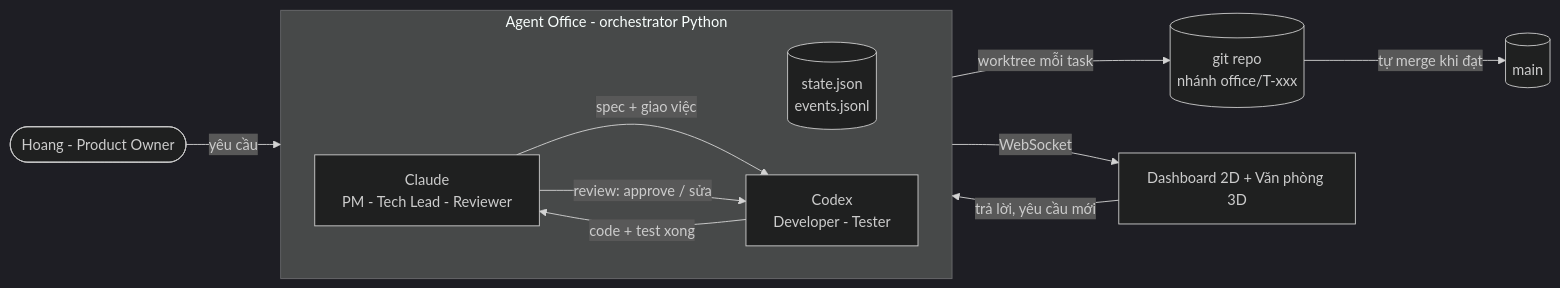
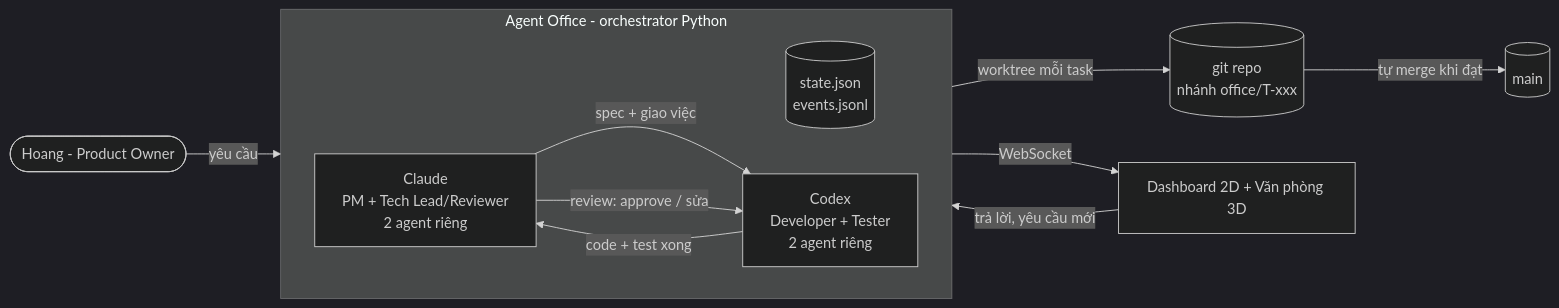
Before and after one commit to AnhHoangQuach/sportscut-ai: the diagram in docs/README.md, drawn with Mermaid (dark theme). The commit also changed other lines of this file and 45 other files, not shown here.

First line of the commit message:
Agent Office: separate PM, Tech Lead, Developer and Tester agents

````diff
--- a/docs/README.md
+++ b/docs/README.md
@@ -20,17 +20,17 @@
 ```mermaid
 flowchart LR
   PO([Hoang - Product Owner]) -->|yêu cầu| Office
   subgraph Office[Agent Office - orchestrator Python]
     direction LR
     S[(state.json<br/>events.jsonl)]
-    C[Claude<br/>PM - Tech Lead - Reviewer]
-    X[Codex<br/>Developer - Tester]
+    C[Claude<br/>PM + Tech Lead/Reviewer<br/>2 agent riêng]
+    X[Codex<br/>Developer + Tester<br/>2 agent riêng]
     C -- spec + giao việc --> X
     X -- code + test xong --> C
     C -- review: approve / sửa --> X
   end
   Office -->|worktree mỗi task| Git[(git repo<br/>nhánh office/T-xxx)]
   Git -->|tự merge khi đạt| Main[(main)]
   Office -->|WebSocket| UI[Dashboard 2D + Văn phòng 3D]
   UI -->|trả lời, yêu cầu mới| Office
 ```
````
